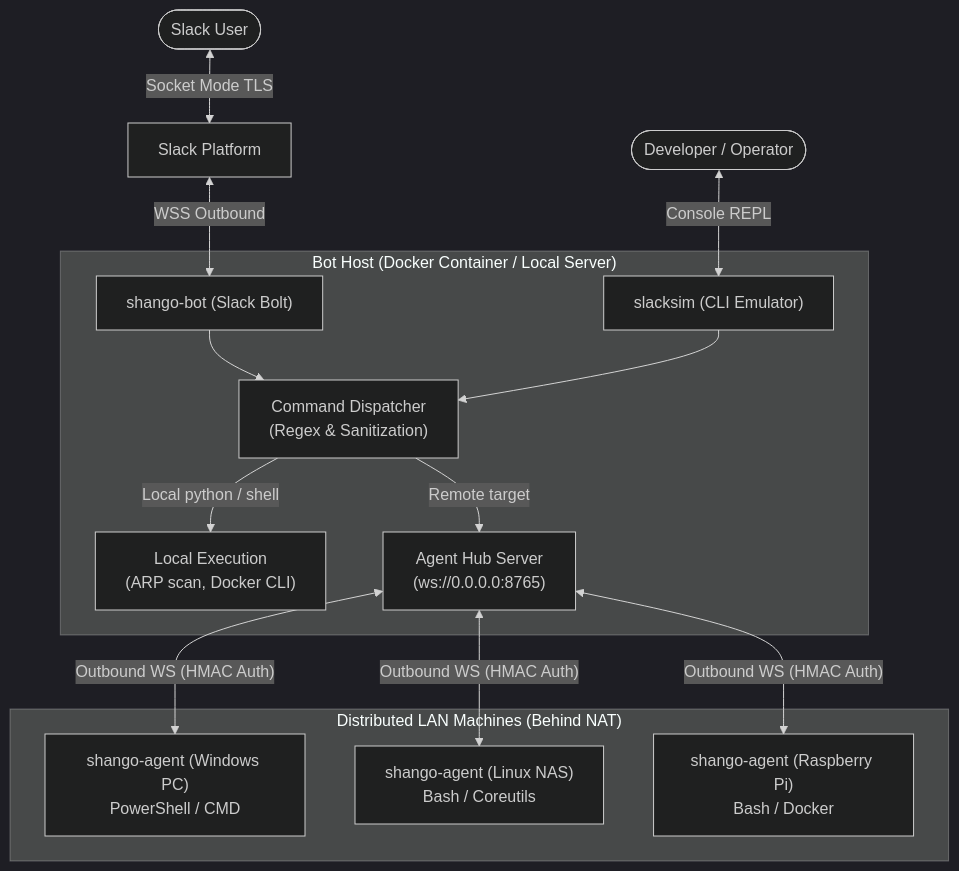
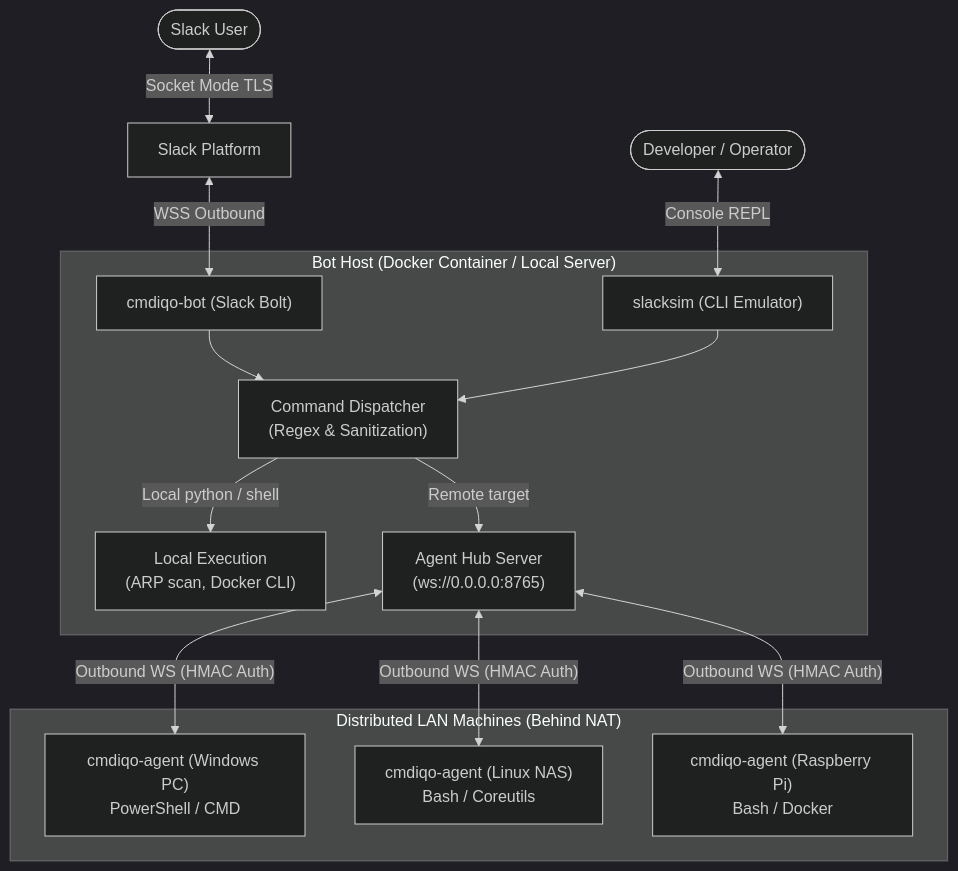
Before and after one commit to lhotakj/cmdiqo: the first of 2 diagrams in OVERVIEW.md, drawn with Mermaid (dark theme). The commit also changed other lines of this file and 52 other files, not shown here.

````diff
--- a/OVERVIEW.md
+++ b/OVERVIEW.md
@@ -16,19 +16,19 @@
 ```mermaid
 graph TD
     User([Slack User]) <-->|Socket Mode TLS| Slack[Slack Platform]
-    Slack <-->|WSS Outbound| BotApp["shango-bot (Slack Bolt)"]
+    Slack <-->|WSS Outbound| BotApp["cmdiqo-bot (Slack Bolt)"]
     DevUser([Developer / Operator]) <-->|Console REPL| SlackSim["slacksim (CLI Emulator)"]
 
     subgraph BotHost ["Bot Host (Docker Container / Local Server)"]
         BotApp --> Dispatcher["Command Dispatcher\n(Regex & Sanitization)"]
         SlackSim --> Dispatcher
         Dispatcher -->|Local python / shell| LocalExec["Local Execution\n(ARP scan, Docker CLI)"]
         Dispatcher -->|Remote target| Hub["Agent Hub Server\n(ws://0.0.0.0:8765)"]
     end
 
     subgraph RemoteAgents ["Distributed LAN Machines (Behind NAT)"]
-        Hub <-->|"Outbound WS (HMAC Auth)"| AgentWin["shango-agent (Windows PC)\nPowerShell / CMD"]
-        Hub <-->|"Outbound WS (HMAC Auth)"| AgentLinux["shango-agent (Linux NAS)\nBash / Coreutils"]
-        Hub <-->|"Outbound WS (HMAC Auth)"| AgentPi["shango-agent (Raspberry Pi)\nBash / Docker"]
+        Hub <-->|"Outbound WS (HMAC Auth)"| AgentWin["cmdiqo-agent (Windows PC)\nPowerShell / CMD"]
+        Hub <-->|"Outbound WS (HMAC Auth)"| AgentLinux["cmdiqo-agent (Linux NAS)\nBash / Coreutils"]
+        Hub <-->|"Outbound WS (HMAC Auth)"| AgentPi["cmdiqo-agent (Raspberry Pi)\nBash / Docker"]
     end
 ```
````
